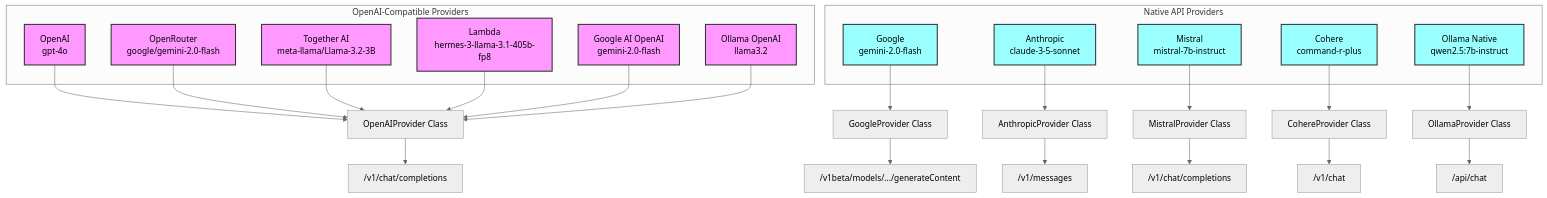
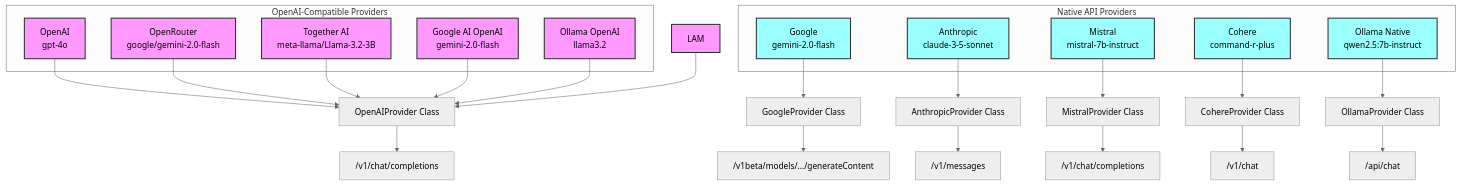
Before and after one commit to DeTuksa/dartantic_ai: the diagram in wiki/OpenAI-Compat.md, drawn with Mermaid (neutral theme). The commit also changed other lines of this file and 14 other files, not shown here.

````diff
--- a/wiki/OpenAI-Compat.md
+++ b/wiki/OpenAI-Compat.md
@@ -5,52 +5,51 @@
 ```mermaid
 flowchart TB
     subgraph "OpenAI-Compatible Providers"
         OAI[OpenAI<br/>gpt-4o]
         OR[OpenRouter<br/>google/gemini-2.0-flash]
         TOG[Together AI<br/>meta-llama/Llama-3.2-3B]
-        LAM[Lambda<br/>hermes-3-llama-3.1-405b-fp8]
         GOA[Google AI OpenAI<br/>gemini-2.0-flash]
         OLL[Ollama OpenAI<br/>llama3.2]
     end
     
     subgraph "Native API Providers"
         GOO[Google<br/>gemini-2.0-flash]
         ANT[Anthropic<br/>claude-3-5-sonnet]
         MIS[Mistral<br/>mistral-7b-instruct]
         COH[Cohere<br/>command-r-plus]
         OLN[Ollama Native<br/>qwen2.5:7b-instruct]
     end
     
     OAI --> OAPIC[OpenAIProvider Class]
     OR --> OAPIC
     TOG --> OAPIC
     LAM --> OAPIC
     GOA --> OAPIC
     OLL --> OAPIC
     
     GOO --> GOOP[GoogleProvider Class]
     ANT --> ANTP[AnthropicProvider Class]
     MIS --> MISP[MistralProvider Class]
     COH --> COHP[CohereProvider Class]
     OLN --> OLNP[OllamaProvider Class]
     
     OAPIC --> API1["/v1/chat/completions"]
     GOOP --> API2["/v1beta/models/.../generateContent"]
     ANTP --> API3["/v1/messages"]
     MISP --> API4["/v1/chat/completions"]
     COHP --> API5["/v1/chat"]
     OLNP --> API6["/api/chat"]
     
     style OAI fill:#f9f,stroke:#333,stroke-width:2px
     style OR fill:#f9f,stroke:#333,stroke-width:2px
     style TOG fill:#f9f,stroke:#333,stroke-width:2px
     style LAM fill:#f9f,stroke:#333,stroke-width:2px
     style GOA fill:#f9f,stroke:#333,stroke-width:2px
     style OLL fill:#f9f,stroke:#333,stroke-width:2px
     
     style GOO fill:#9ff,stroke:#333,stroke-width:2px
     style ANT fill:#9ff,stroke:#333,stroke-width:2px
     style MIS fill:#9ff,stroke:#333,stroke-width:2px
     style COH fill:#9ff,stroke:#333,stroke-width:2px
     style OLN fill:#9ff,stroke:#333,stroke-width:2px
 ```
````
